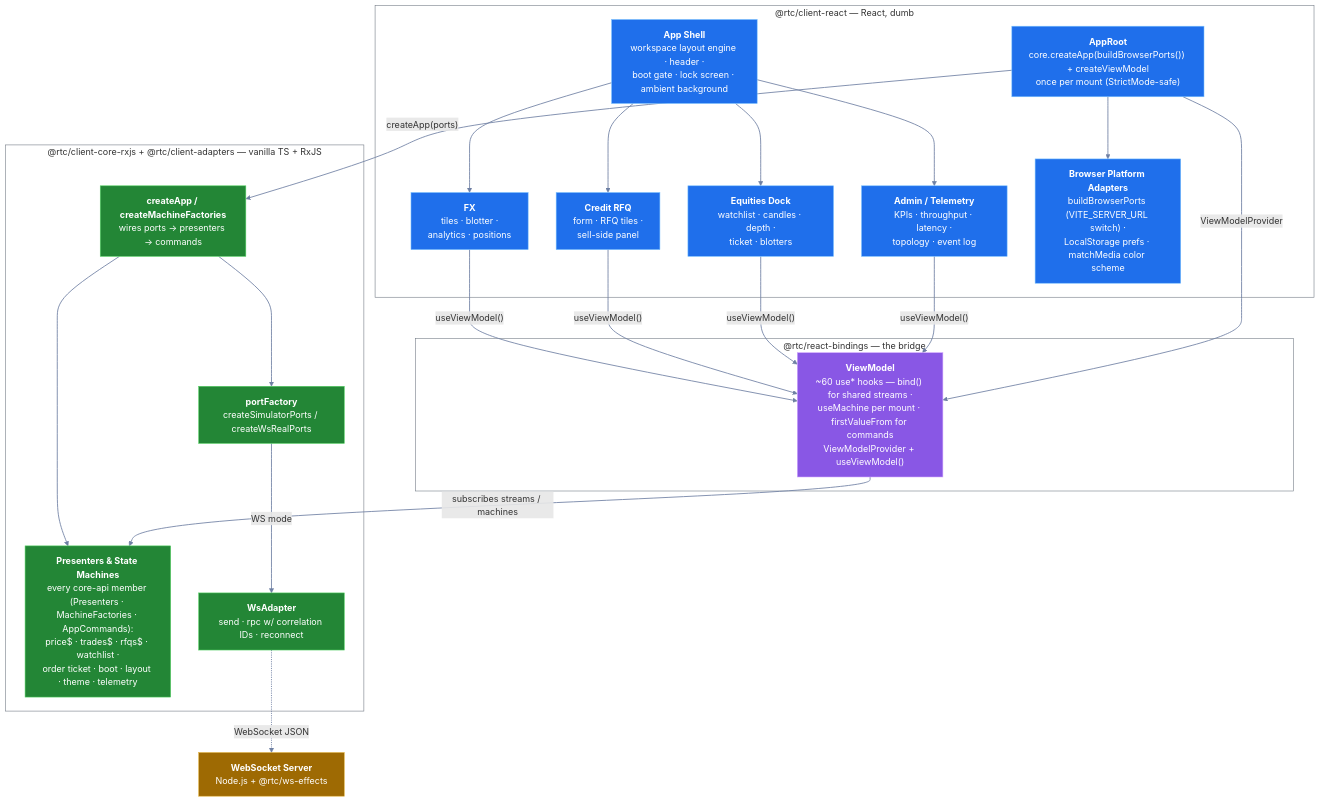
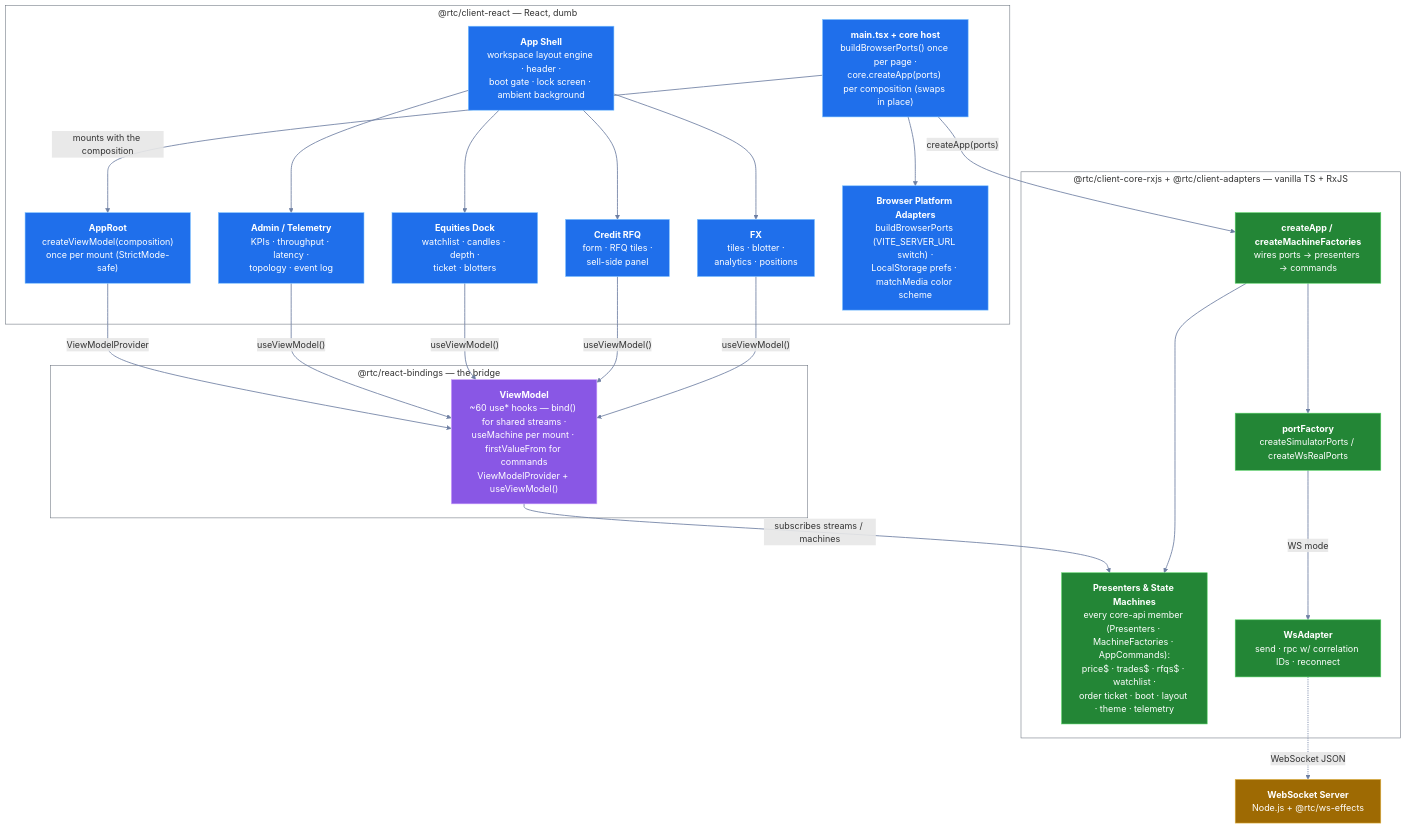
One commit to bettersoftware-io/ReactiveTraderCloudClone changed the fourth of 7 diagrams in docs/architecture/02-c4-model.md. Above: the diagram before and after it, drawn with Mermaid. The commit also changed 14 other files, not shown here.

First line of the commit message:
docs: hot swap — renumber to guarantee 8 / promise 11, the web composition root is main.tsx + the core host

````diff
--- a/docs/architecture/02-c4-model.md
+++ b/docs/architecture/02-c4-model.md
@@ -154,48 +154,50 @@
 ```mermaid
 flowchart TB
     subgraph uiLayer["@rtc/client-react — React, dumb"]
         app["<b>App Shell</b><br/>workspace layout engine · header ·<br/>boot gate · lock screen · ambient background"]:::ui
         fxTiles["<b>FX</b><br/>tiles · blotter ·<br/>analytics · positions"]:::ui
         creditRfq["<b>Credit RFQ</b><br/>form · RFQ tiles ·<br/>sell-side panel"]:::ui
         equities["<b>Equities Dock</b><br/>watchlist · candles · depth ·<br/>ticket · blotters"]:::ui
         admin["<b>Admin / Telemetry</b><br/>KPIs · throughput · latency ·<br/>topology · event log"]:::ui
-        appRoot["<b>AppRoot</b><br/>core.createApp(buildBrowserPorts()) + createViewModel<br/>once per mount (StrictMode-safe)"]:::ui
+        coreHost["<b>main.tsx + core host</b><br/>buildBrowserPorts() once per page ·<br/>core.createApp(ports) per composition (swaps in place)"]:::ui
+        appRoot["<b>AppRoot</b><br/>createViewModel(composition)<br/>once per mount (StrictMode-safe)"]:::ui
         browserAdapters["<b>Browser Platform Adapters</b><br/>buildBrowserPorts (VITE_SERVER_URL switch) ·<br/>LocalStorage prefs · matchMedia color scheme"]:::ui
         app --> fxTiles
         app --> creditRfq
         app --> equities
         app --> admin
     end
 
     subgraph bindingsLayer["@rtc/react-bindings — the bridge"]
         viewModel["<b>ViewModel</b><br/>~60 use* hooks — bind() for shared streams ·<br/>useMachine per mount · firstValueFrom for commands<br/>ViewModelProvider + useViewModel()"]:::bridge
     end
 
     subgraph coreLayer["@rtc/client-core-rxjs + @rtc/client-adapters — vanilla TS + RxJS"]
         composition["<b>createApp / createMachineFactories</b><br/>wires ports → presenters → commands"]:::core
         presenters["<b>Presenters & State Machines</b><br/>every core-api member (Presenters · MachineFactories · AppCommands):<br/>price$ · trades$ · rfqs$ · watchlist ·<br/>order ticket · boot · layout · theme · telemetry"]:::core
         portFactory["<b>portFactory</b><br/>createSimulatorPorts / createWsRealPorts"]:::core
         wsAdapter["<b>WsAdapter</b><br/>send · rpc w/ correlation IDs · reconnect"]:::core
         composition --> presenters
         composition --> portFactory
         portFactory -->|"WS mode"| wsAdapter
     end
 
     server["<b>WebSocket Server</b><br/>Node.js + @rtc/ws-effects"]:::server
 
     fxTiles & creditRfq & equities & admin -->|"useViewModel()"| viewModel
-    appRoot --> browserAdapters
-    appRoot -->|"createApp(ports)"| composition
+    coreHost --> browserAdapters
+    coreHost -->|"createApp(ports)"| composition
+    coreHost -->|"mounts with the composition"| appRoot
     appRoot -->|"ViewModelProvider"| viewModel
     viewModel -->|"subscribes streams / machines"| presenters
     wsAdapter -. WebSocket JSON .-> server
 
     classDef ui     fill:#1f6feb,stroke:#79c0ff,color:#ffffff
     classDef bridge fill:#8957e5,stroke:#d2a8ff,color:#ffffff
     classDef core   fill:#238636,stroke:#56d364,color:#ffffff
     classDef server fill:#9e6a03,stroke:#e3b341,color:#ffffff
     style uiLayer fill:transparent,stroke:#6e7681
     style bindingsLayer fill:transparent,stroke:#6e7681
     style coreLayer fill:transparent,stroke:#6e7681
     linkStyle default stroke:#6e7fa3,stroke-width:1.5px
 ```
````
